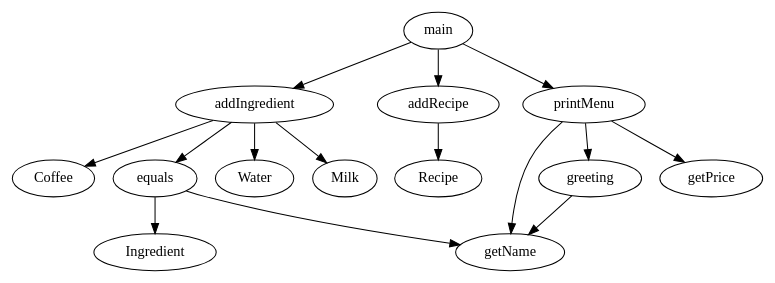
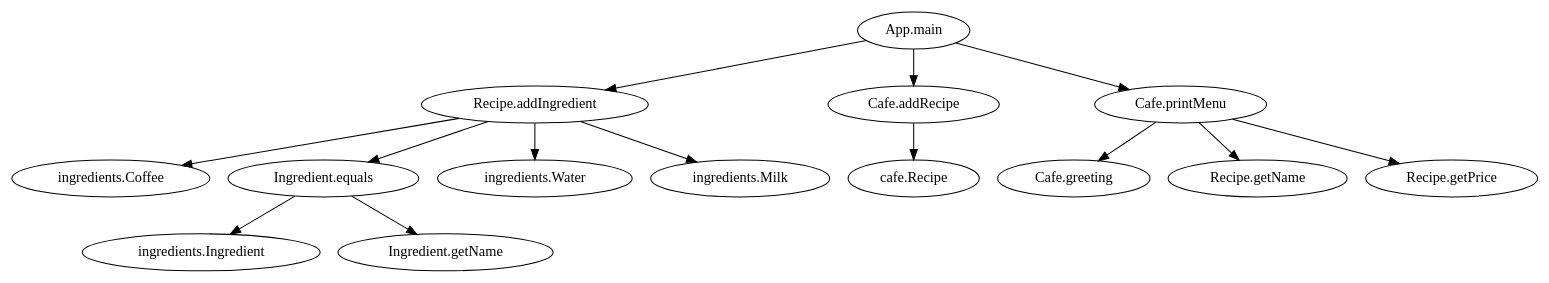
The diagram in Cafe.dot (ruizhengu/CausalGrading), drawn with Graphviz before and after one commit. The commit also changed 3 other files, not shown here.

```diff
--- a/Cafe.dot
+++ b/Cafe.dot
@@ -1,29 +1,29 @@
 digraph Cafe {
-IDmain [label="main"];
-IDaddIngredient [label="addIngredient"];
-IDCoffee [label="Coffee"];
-IDequals [label="equals"];
-IDIngredient [label="Ingredient"];
-IDgetName [label="getName"];
-IDWater [label="Water"];
-IDaddRecipe [label="addRecipe"];
-IDRecipe [label="Recipe"];
-IDMilk [label="Milk"];
-IDprintMenu [label="printMenu"];
-IDgreeting [label="greeting"];
-IDgetPrice [label="getPrice"];
-IDmain -> IDaddIngredient;
-IDmain -> IDaddRecipe;
-IDmain -> IDprintMenu;
-IDaddIngredient -> IDCoffee;
-IDaddIngredient -> IDequals;
-IDaddIngredient -> IDWater;
-IDaddIngredient -> IDMilk;
-IDequals -> IDIngredient;
-IDequals -> IDgetName;
-IDaddRecipe -> IDRecipe;
-IDprintMenu -> IDgreeting;
-IDprintMenu -> IDgetName;
-IDprintMenu -> IDgetPrice;
-IDgreeting -> IDgetName;
+"App.main" [label="App.main"];
+"Recipe.addIngredient" [label="Recipe.addIngredient"];
+"ingredients.Coffee" [label="ingredients.Coffee"];
+"Ingredient.equals" [label="Ingredient.equals"];
+"ingredients.Ingredient" [label="ingredients.Ingredient"];
+"Ingredient.getName" [label="Ingredient.getName"];
+"ingredients.Water" [label="ingredients.Water"];
+"Cafe.addRecipe" [label="Cafe.addRecipe"];
+"cafe.Recipe" [label="cafe.Recipe"];
+"ingredients.Milk" [label="ingredients.Milk"];
+"Cafe.printMenu" [label="Cafe.printMenu"];
+"Cafe.greeting" [label="Cafe.greeting"];
+"Recipe.getName" [label="Recipe.getName"];
+"Recipe.getPrice" [label="Recipe.getPrice"];
+"App.main" -> "Recipe.addIngredient";
+"App.main" -> "Cafe.addRecipe";
+"App.main" -> "Cafe.printMenu";
+"Recipe.addIngredient" -> "ingredients.Coffee";
+"Recipe.addIngredient" -> "Ingredient.equals";
+"Recipe.addIngredient" -> "ingredients.Water";
+"Recipe.addIngredient" -> "ingredients.Milk";
+"Ingredient.equals" -> "ingredients.Ingredient";
+"Ingredient.equals" -> "Ingredient.getName";
+"Cafe.addRecipe" -> "cafe.Recipe";
+"Cafe.printMenu" -> "Cafe.greeting";
+"Cafe.printMenu" -> "Recipe.getName";
+"Cafe.printMenu" -> "Recipe.getPrice";
 }
```
